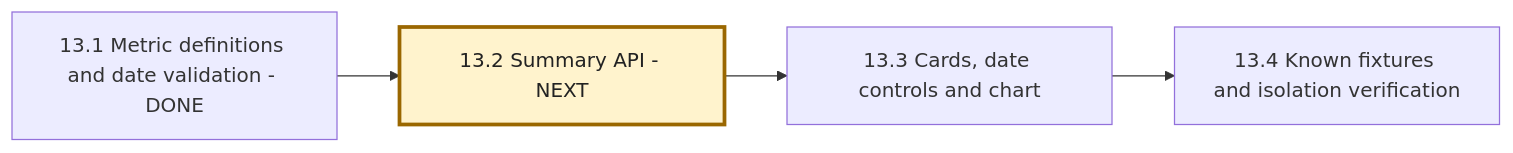
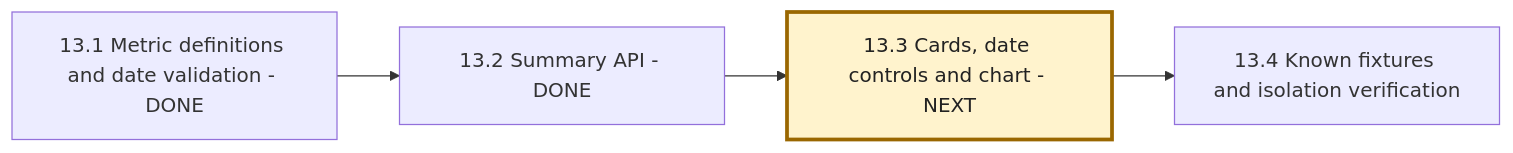
Before and after one commit to msdian0007/nexaAi: the fifth of 5 diagrams in NEXAAI_ROADMAP.md, drawn with Mermaid. The commit also changed other lines of this file and 7 other files, not shown here.

Commit message:
dashboard summary API

````diff
--- a/NEXAAI_ROADMAP.md
+++ b/NEXAAI_ROADMAP.md
@@ -341,7 +342,7 @@
 ```mermaid
 flowchart LR
-    A[13.1 Metric definitions and date validation - DONE] --> B[13.2 Summary API - NEXT]
-    B --> C[13.3 Cards, date controls and chart]
+    A[13.1 Metric definitions and date validation - DONE] --> B[13.2 Summary API - DONE]
+    B --> C[13.3 Cards, date controls and chart - NEXT]
     C --> D[13.4 Known fixtures and isolation verification]
-    style B fill:#fff3cd,stroke:#9a6700,stroke-width:3px,color:#222
+    style C fill:#fff3cd,stroke:#9a6700,stroke-width:3px,color:#222
 ```
````
